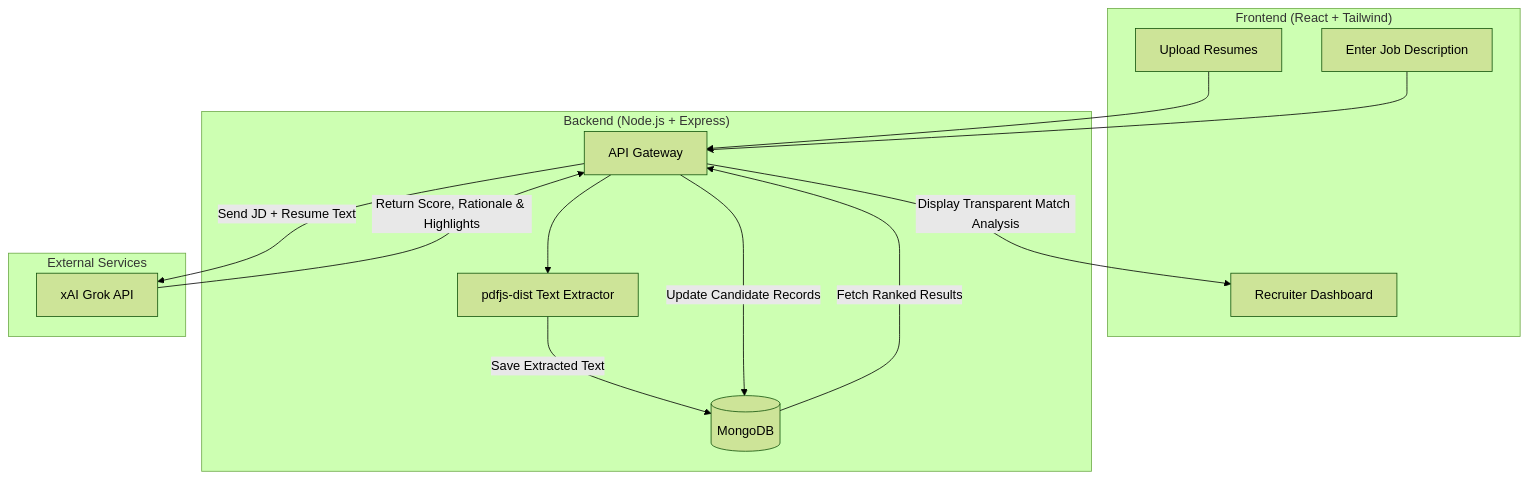
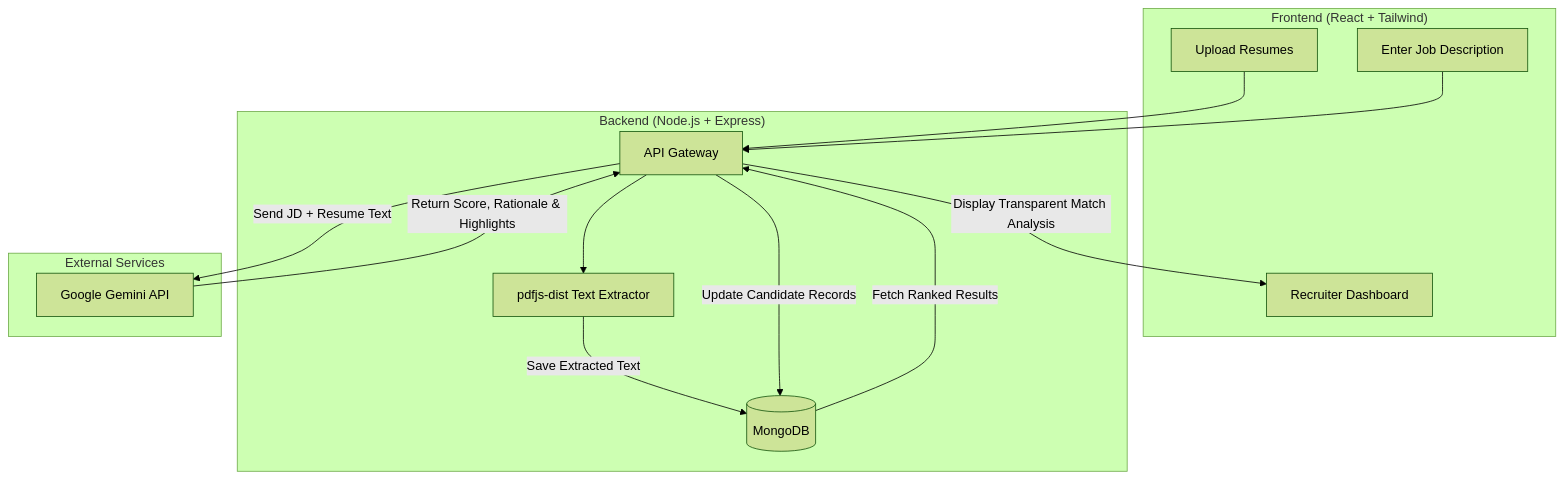
One commit to NileshKonkankar/hiresight-ai changed the first of 2 diagrams in README.md. Above: the diagram before and after it, drawn with Mermaid (forest theme). The commit also changed other lines of this file and 6 other files, not shown here.

````diff
--- a/README.md
+++ b/README.md
@@ -29,28 +29,28 @@
 ```mermaid
 flowchart TD
     subgraph Frontend ["Frontend (React + Tailwind)"]
         UI[Recruiter Dashboard]
         Upload[Upload Resumes]
         Input[Enter Job Description]
     end
 
     subgraph Backend ["Backend (Node.js + Express)"]
         API[API Gateway]
         PDF[pdfjs-dist Text Extractor]
         DB[(MongoDB)]
     end
 
     subgraph AI ["External Services"]
-        Grok["xAI Grok API"]
+        Gemini["Google Gemini API"]
     end
 
     Upload --> API
     API --> PDF
     PDF -->|Save Extracted Text| DB
     Input --> API
-    API -->|Send JD + Resume Text| Grok
-    Grok -->|Return Score, Rationale & Highlights| API
+    API -->|Send JD + Resume Text| Gemini
+    Gemini -->|Return Score, Rationale & Highlights| API
     API -->|Update Candidate Records| DB
     DB -->|Fetch Ranked Results| API
     API -->|Display Transparent Match Analysis| UI
 ```
````
